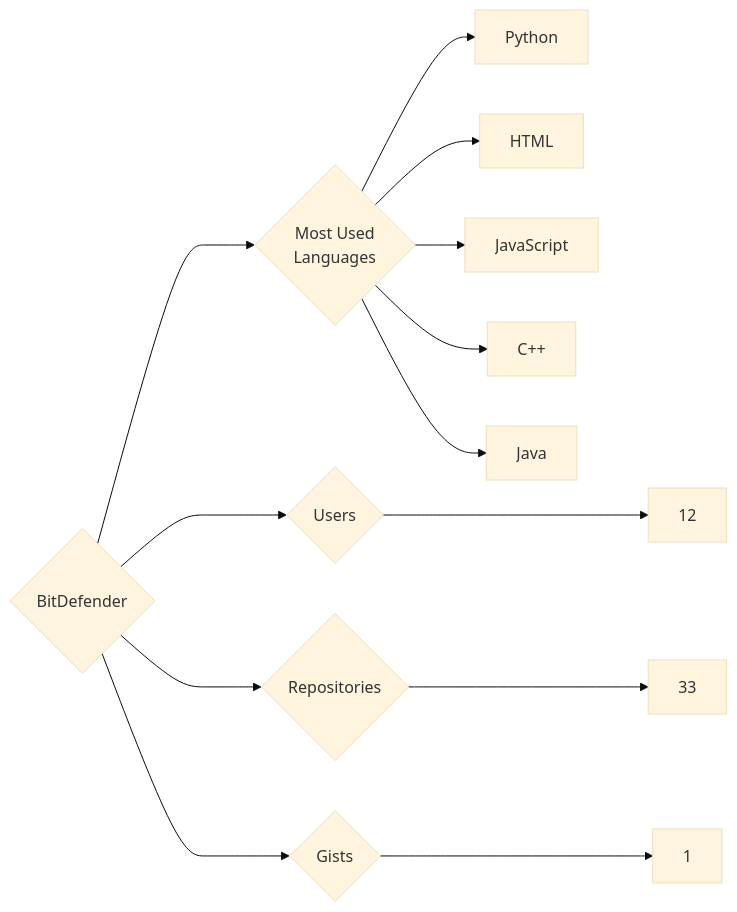
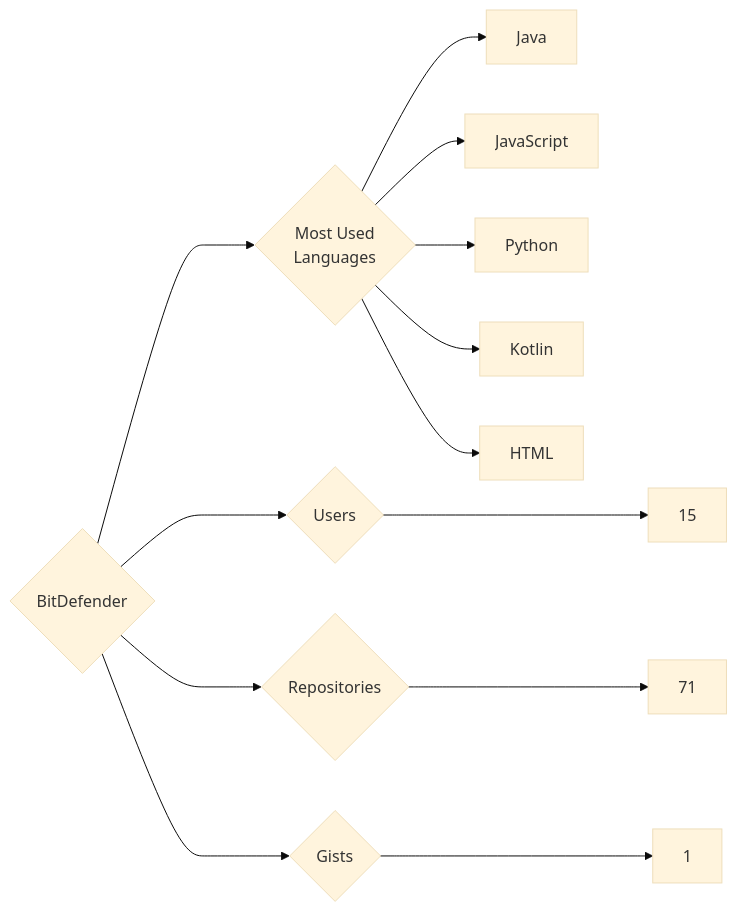
The diagram in targets/BitDefender/README.md (trickest/insiders), drawn with Mermaid (base theme) before and after one commit. The commit also changed 639 other files, not shown here.

````diff
--- a/targets/BitDefender/README.md
+++ b/targets/BitDefender/README.md
@@ -3,13 +3,13 @@
 ```mermaid
 graph LR
 COMPANY_NAME{BitDefender}
-COMPANY_NAME ---> U{Users} ---> UN[12]
-COMPANY_NAME ---> R{Repositories} ---> RN[33]
+COMPANY_NAME ---> U{Users} ---> UN[15]
+COMPANY_NAME ---> R{Repositories} ---> RN[71]
 COMPANY_NAME ---> G{Gists} ---> GN[1]
 COMPANY_NAME ---> ML{Most Used<br>Languages}
+ML --> Java[Java]
+ML --> JavaScript[JavaScript]
 ML --> Python[Python]
+ML --> Kotlin[Kotlin]
 ML --> HTML[HTML]
-ML --> JavaScript[JavaScript]
-ML --> C++[C++]
-ML --> Java[Java]
 ```
````
